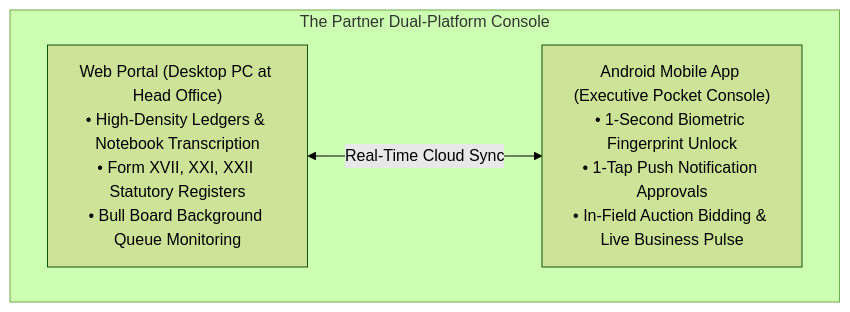
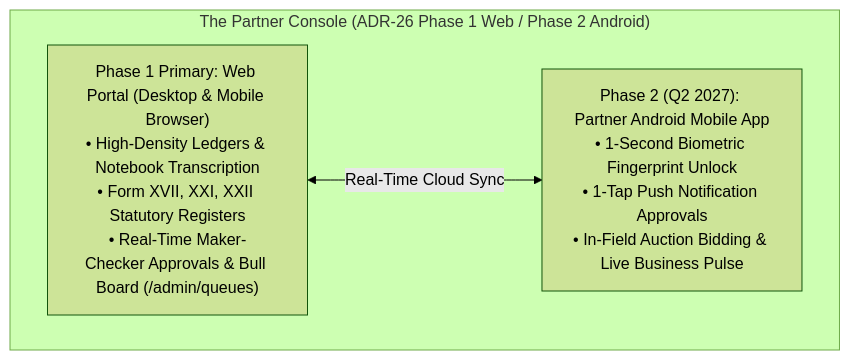
One commit to Kathir-24/Kumaran-finance changed the first of 15 diagrams in docs/07-operations/user-manuals/admin-foreman-manual.md. Above: the diagram before and after it, drawn with Mermaid (forest theme). The commit also changed other lines of this file and 4 other files, not shown here.

````diff
--- a/docs/07-operations/user-manuals/admin-foreman-manual.md
+++ b/docs/07-operations/user-manuals/admin-foreman-manual.md
@@ -20,8 +20,8 @@
 ```mermaid
 flowchart TD
-    subgraph DUAL_PLATFORM ["The Partner Dual-Platform Console"]
-        Web["Web Portal (Desktop PC at Head Office)\n• High-Density Ledgers & Notebook Transcription\n• Form XVII, XXI, XXII Statutory Registers\n• Bull Board Background Queue Monitoring"]
-        Mobile["Android Mobile App (Executive Pocket Console)\n• 1-Second Biometric Fingerprint Unlock\n• 1-Tap Push Notification Approvals\n• In-Field Auction Bidding & Live Business Pulse"]
+    subgraph DUAL_PLATFORM ["The Partner Console (ADR-26 Phase 1 Web / Phase 2 Android)"]
+        Web["Phase 1 Primary: Web Portal (Desktop & Mobile Browser)\n• High-Density Ledgers & Notebook Transcription\n• Form XVII, XXI, XXII Statutory Registers\n• Real-Time Maker-Checker Approvals & Bull Board (/admin/queues)"]
+        Mobile["Phase 2 (Q2 2027): Partner Android Mobile App\n• 1-Second Biometric Fingerprint Unlock\n• 1-Tap Push Notification Approvals\n• In-Field Auction Bidding & Live Business Pulse"]
     end
     Web <-->|Real-Time Cloud Sync| Mobile
 ```
````
